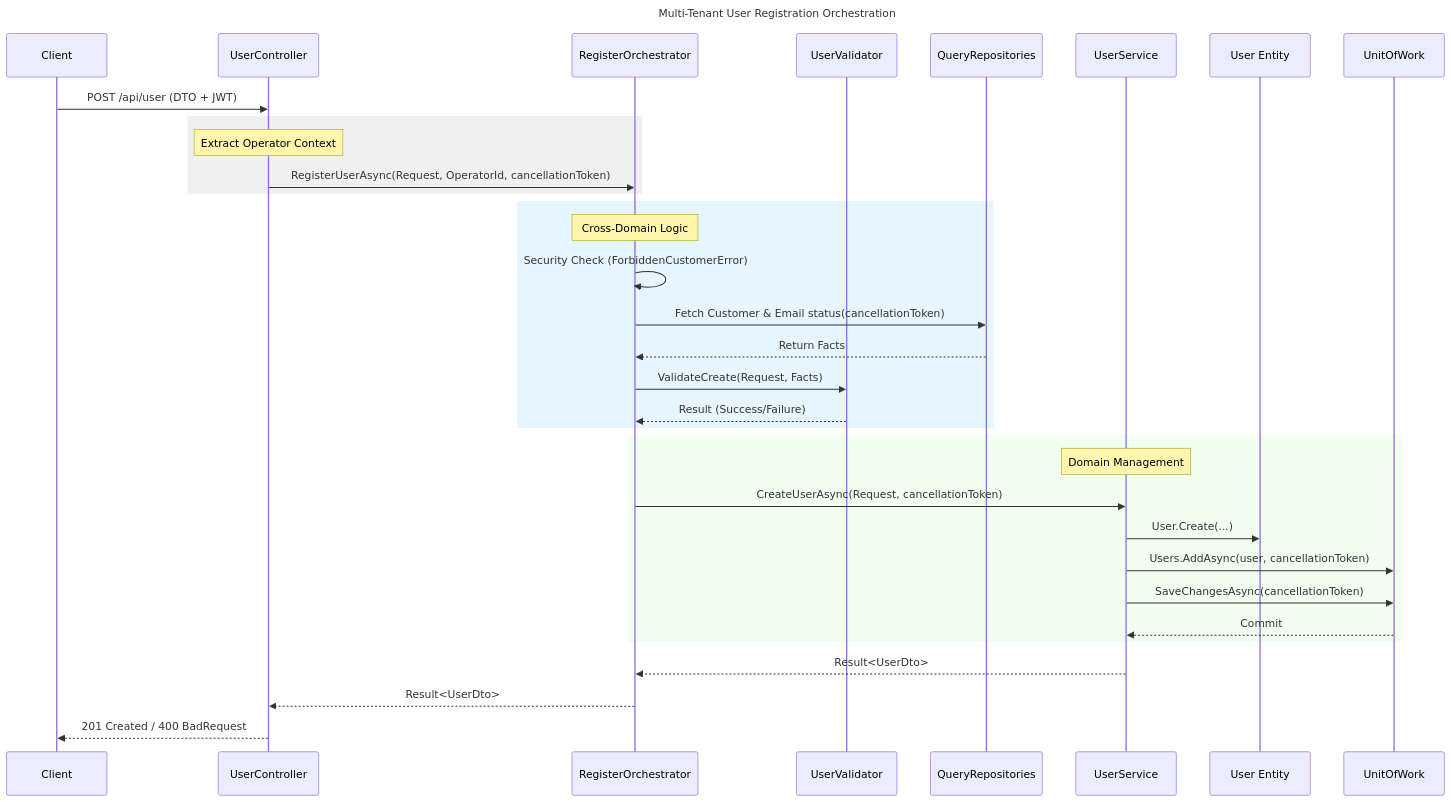
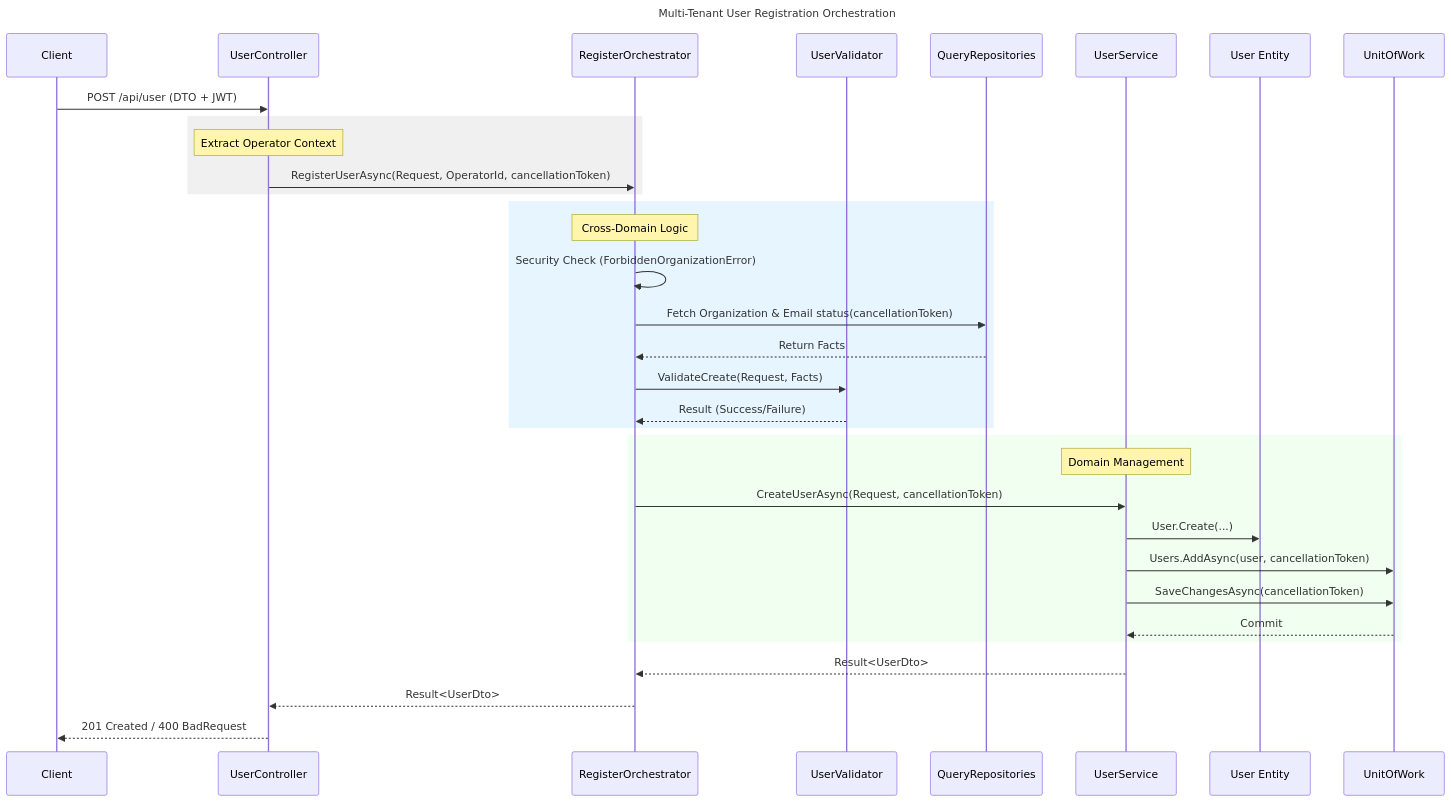
One commit to fernandoprass/modular-monolith-system changed the diagram in docs/02.iam.folder-structure.md. Above: the diagram before and after it, drawn with Mermaid. The commit also changed other lines of this file and 78 other files, not shown here.

Commit message:
IAM: rename Customer to Organization

````diff
--- a/docs/02.iam.folder-structure.md
+++ b/docs/02.iam.folder-structure.md
@@ -119,43 +119,43 @@
 ```mermaid
 sequenceDiagram
     title: Multi-Tenant User Registration Orchestration
     participant Client
     participant Client
     participant UserController
     participant RegisterOrchestrator
     participant UserValidator
     participant QueryRepo as QueryRepositories
     participant UserService
     participant Domain as User Entity
     participant UoW as UnitOfWork
 
     Client->>UserController: POST /api/user (DTO + JWT)
     
     rect rgb(240, 240, 240)
     Note over UserController: Extract Operator Context
     UserController->>RegisterOrchestrator: RegisterUserAsync(Request, OperatorId, cancellationToken)
     end
  
     rect rgb(230, 245, 255)
     Note over RegisterOrchestrator: Cross-Domain Logic
-    RegisterOrchestrator->>RegisterOrchestrator: Security Check (ForbiddenCustomerError)
-    RegisterOrchestrator->>QueryRepo: Fetch Customer & Email status(cancellationToken)
+    RegisterOrchestrator->>RegisterOrchestrator: Security Check (ForbiddenOrganizationError)
+    RegisterOrchestrator->>QueryRepo: Fetch Organization & Email status(cancellationToken)
     QueryRepo-->>RegisterOrchestrator: Return Facts
     
     RegisterOrchestrator->>UserValidator: ValidateCreate(Request, Facts)
     UserValidator-->>RegisterOrchestrator: Result (Success/Failure)
     end
  
     rect rgb(240, 255, 240)
     Note over UserService: Domain Management
     RegisterOrchestrator->>UserService: CreateUserAsync(Request, cancellationToken)
     UserService->>Domain: User.Create(...)
     UserService->>UoW: Users.AddAsync(user, cancellationToken)
     UserService->>UoW: SaveChangesAsync(cancellationToken)
     UoW-->>UserService: Commit
     end
  
     UserService-->>RegisterOrchestrator: Result<UserDto>
     RegisterOrchestrator-->>UserController: Result<UserDto>
     UserController-->>Client: 201 Created / 400 BadRequest
 ```
````
